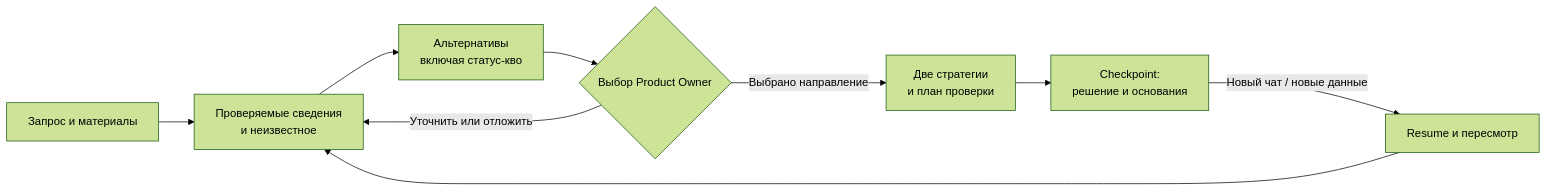
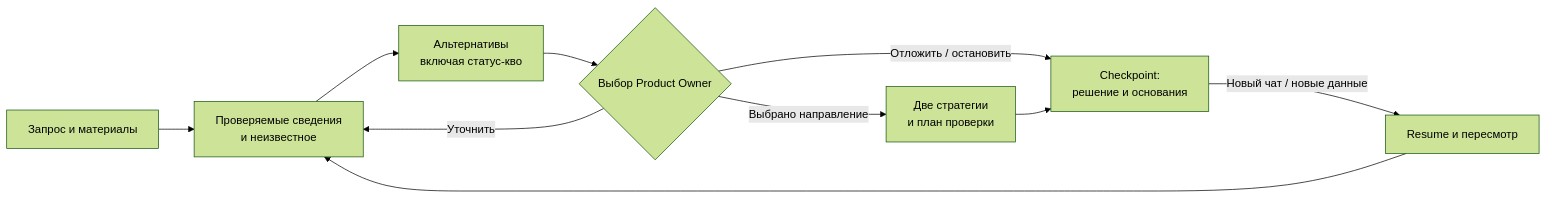
One commit to EdYaRdx/megafon_hack changed the diagram in README.md. Above: the diagram before and after it, drawn with Mermaid (forest theme).

Commit message:
docs: distinguish deferral from further research in PO gate

````diff
--- a/README.md
+++ b/README.md
@@ -13,11 +13,12 @@
 ```mermaid
 flowchart LR
   A["Запрос и материалы"] --> B["Проверяемые сведения<br/>и неизвестное"]
   B --> C["Альтернативы<br/>включая статус-кво"]
   C --> D{"Выбор Product Owner"}
   D -->|"Выбрано направление"| E["Две стратегии<br/>и план проверки"]
-  D -->|"Уточнить или отложить"| B
+  D -->|"Уточнить"| B
+  D -->|"Отложить / остановить"| F
   E --> F["Checkpoint:<br/>решение и основания"]
   F -->|"Новый чат / новые данные"| G["Resume и пересмотр"]
   G --> B
 ```
````
